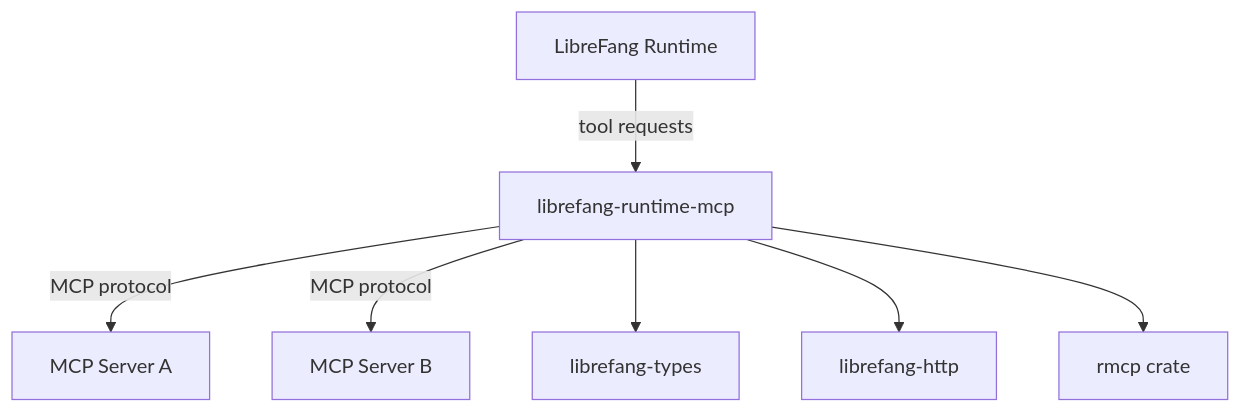
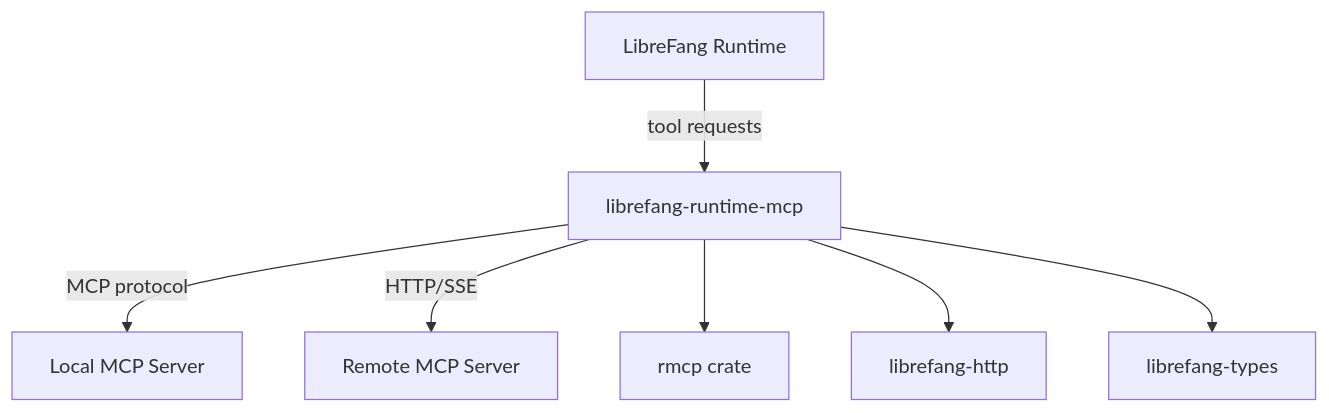
The diagram in other-librefang-runtime-mcp.md (leszek3737/librefang-WIki), drawn with Mermaid before and after one commit. The commit also changed other lines of this file and 119 other files, not shown here.

````diff
--- a/other-librefang-runtime-mcp.md
+++ b/other-librefang-runtime-mcp.md
@@ -18,9 +18,9 @@
 ```mermaid
 graph TD
     A[LibreFang Runtime] -->|tool requests| B[librefang-runtime-mcp]
-    B -->|MCP protocol| C[MCP Server A]
-    B -->|MCP protocol| D[MCP Server B]
-    B --> E[librefang-types]
+    B -->|MCP protocol| C[Local MCP Server]
+    B -->|HTTP/SSE| D[Remote MCP Server]
+    B --> E[rmcp crate]
     B --> F[librefang-http]
-    B --> G[rmcp crate]
+    B --> G[librefang-types]
 ```
````
